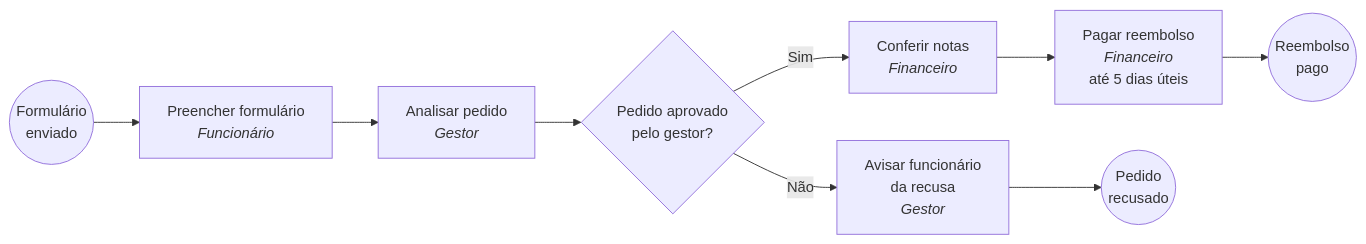
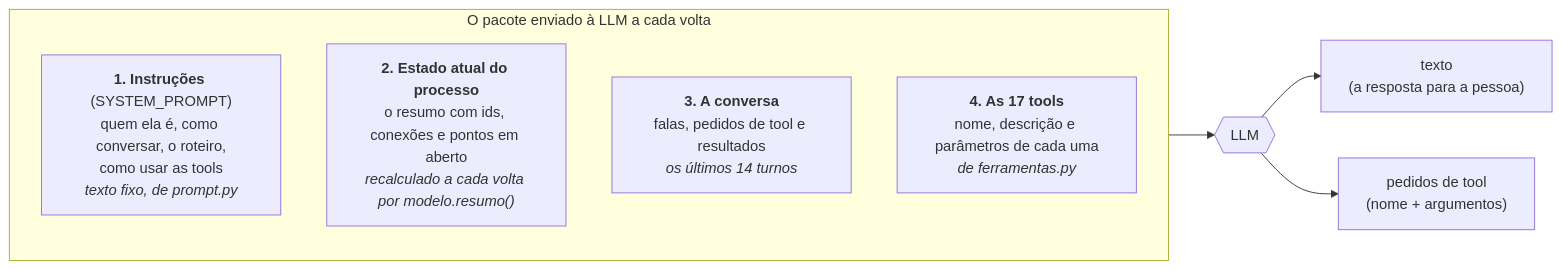
The second of 7 diagrams in PASSO_A_PASSO.md (arthurparahyba/bpmn-agent), drawn with Mermaid before and after one commit. The commit also changed other lines of this file and 4 other files, not shown here.

````diff
--- a/PASSO_A_PASSO.md
+++ b/PASSO_A_PASSO.md
@@ -416,11 +57,13 @@
 ```mermaid
 flowchart LR
-    I(("Formulário<br/>enviado")) --> P1["Preencher formulário<br/><i>Funcionário</i>"]
-    P1 --> P2["Analisar pedido<br/><i>Gestor</i>"]
-    P2 --> D1{"Pedido aprovado<br/>pelo gestor?"}
-    D1 -- "Sim" --> P5["Conferir notas<br/><i>Financeiro</i>"]
-    P5 --> P3["Pagar reembolso<br/><i>Financeiro</i><br/>até 5 dias úteis"]
-    P3 --> F2(("Reembolso<br/>pago"))
-    D1 -- "Não" --> P4["Avisar funcionário<br/>da recusa<br/><i>Gestor</i>"]
-    P4 --> F1(("Pedido<br/>recusado"))
+    subgraph pacote["O pacote enviado à LLM a cada volta"]
+        direction TB
+        I["<b>1. Instruções</b> (SYSTEM_PROMPT)<br/>quem ela é, como conversar, o roteiro,<br/>como usar as tools<br/><i>texto fixo, de prompt.py</i>"]
+        E["<b>2. Estado atual do processo</b><br/>o resumo com ids, conexões e pontos em aberto<br/><i>recalculado a cada volta por modelo.resumo()</i>"]
+        C["<b>3. A conversa</b><br/>falas, pedidos de tool e resultados<br/><i>os últimos 14 turnos</i>"]
+        K["<b>4. As 17 tools</b><br/>nome, descrição e parâmetros de cada uma<br/><i>de ferramentas.py</i>"]
+    end
+    pacote --> LLM{{"LLM"}}
+    LLM --> R1["texto<br/>(a resposta para a pessoa)"]
+    LLM --> R2["pedidos de tool<br/>(nome + argumentos)"]
 ```
````
